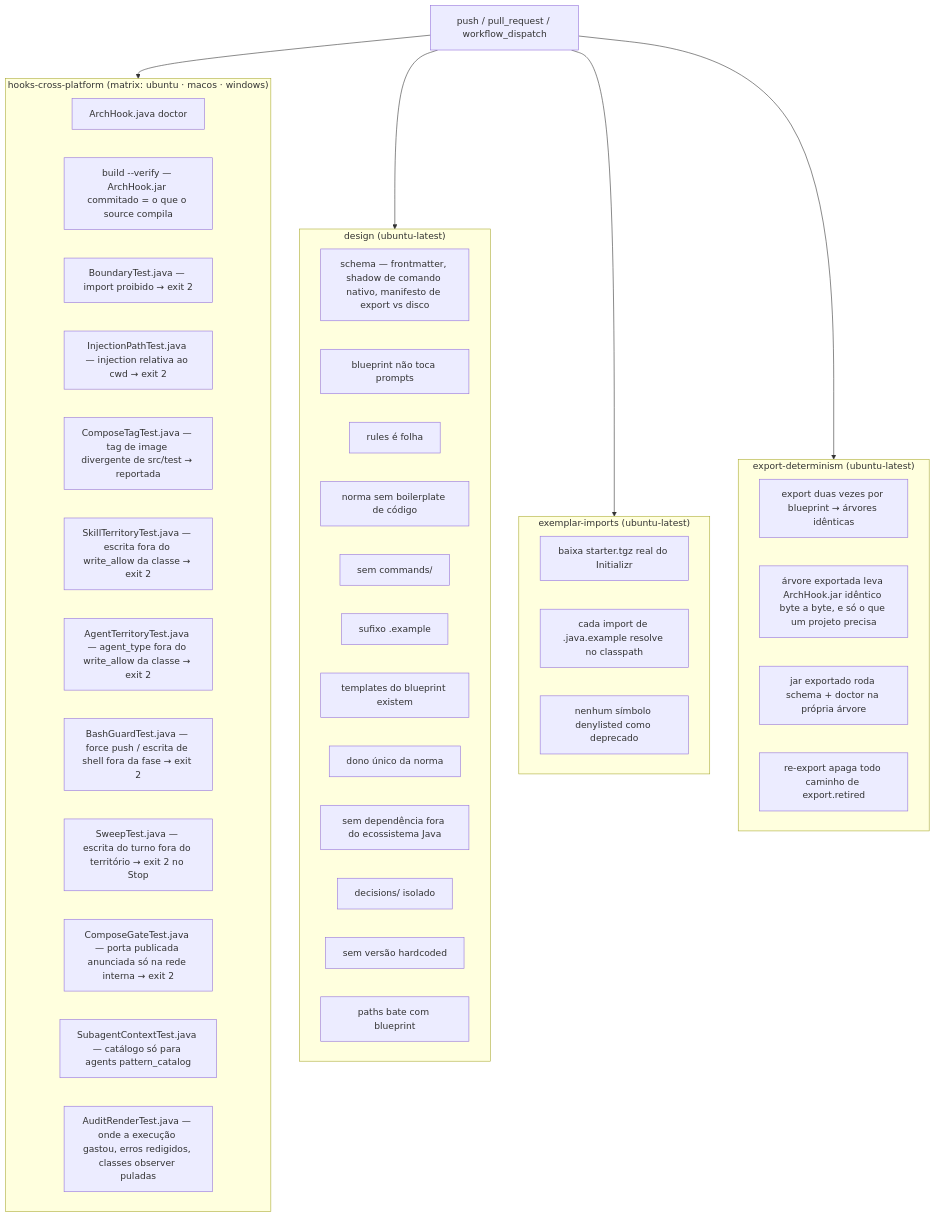
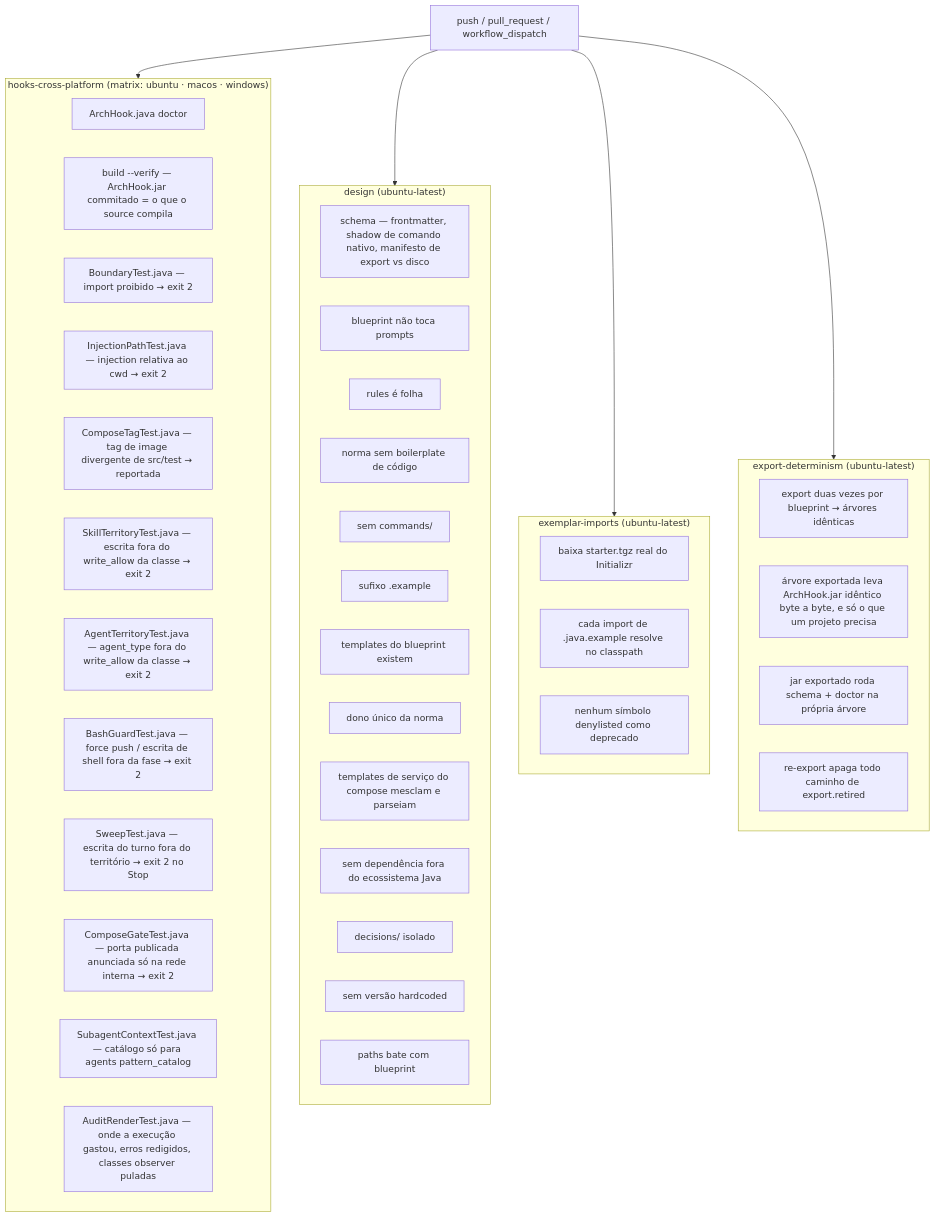
The diagram in docs/pt-br/07-ci-validate.md (ice-lfernandes/claude-spring-architect), drawn with Mermaid before and after one commit. The commit also changed other lines of this file and 21 other files, not shown here.

````diff
--- a/docs/pt-br/07-ci-validate.md
+++ b/docs/pt-br/07-ci-validate.md
@@ -17,50 +17,51 @@
 ```mermaid
 flowchart TD
     T[push / pull_request / workflow_dispatch] --> J1
     T --> J2
     T --> J3
     T --> J4
 
     subgraph J1["hooks-cross-platform (matrix: ubuntu · macos · windows)"]
         H1[ArchHook.java doctor]
         H0[build --verify — ArchHook.jar commitado = o que o source compila]
         H2[BoundaryTest.java — import proibido → exit 2]
         H3[InjectionPathTest.java — injection relativa ao cwd → exit 2]
         H4[ComposeTagTest.java — tag de image divergente de src/test → reportada]
         H5[SkillTerritoryTest.java — escrita fora do write_allow da classe → exit 2]
         H6[AgentTerritoryTest.java — agent_type fora do write_allow da classe → exit 2]
         H7[BashGuardTest.java — force push / escrita de shell fora da fase → exit 2]
         H8[SweepTest.java — escrita do turno fora do território → exit 2 no Stop]
         H9[ComposeGateTest.java — porta publicada anunciada só na rede interna → exit 2]
         H10[SubagentContextTest.java — catálogo só para agents pattern_catalog]
         H11[AuditRenderTest.java — onde a execução gastou, erros redigidos, classes observer puladas]
     end
 
     subgraph J2["design (ubuntu-latest)"]
         D1[schema — frontmatter, shadow de comando nativo, manifesto de export vs disco]
         D4[blueprint não toca prompts]
         D5[rules é folha]
         D6[norma sem boilerplate de código]
         D7[sem commands/]
         D8[sufixo .example]
         D9[templates do blueprint existem]
         D10[dono único da norma]
+        D15[templates de serviço do compose mesclam e parseiam]
         D11[sem dependência fora do ecossistema Java]
         D12[decisions/ isolado]
         D13[sem versão hardcoded]
         D14[paths bate com blueprint]
     end
 
     subgraph J3["exemplar-imports (ubuntu-latest)"]
         E1[baixa starter.tgz real do Initializr]
         E2[cada import de .java.example resolve no classpath]
         E3[nenhum símbolo denylisted como deprecado]
     end
 
     subgraph J4["export-determinism (ubuntu-latest)"]
         X1[export duas vezes por blueprint → árvores idênticas]
         X2[árvore exportada leva ArchHook.jar idêntico byte a byte, e só o que um projeto precisa]
         X3[jar exportado roda schema + doctor na própria árvore]
         X4[re-export apaga todo caminho de export.retired]
     end
 ```
````
